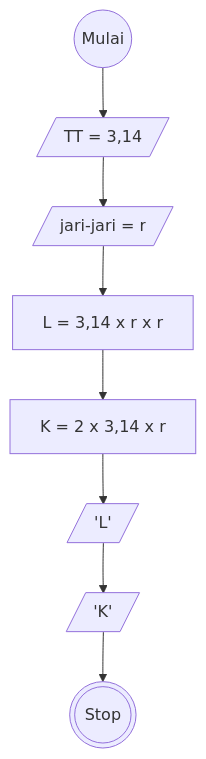
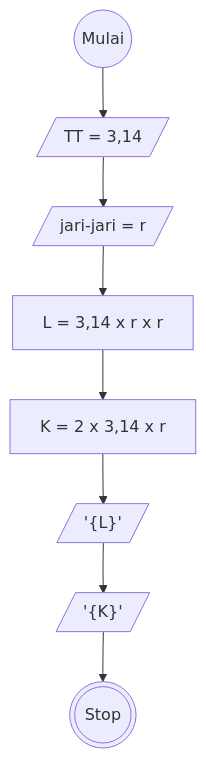
Before and after one commit to MuhamadRafliShidiq/koda-b8-algoritma: the diagram in luas-dan-keliling.md, drawn with Mermaid.

````diff
--- a/luas-dan-keliling.md
+++ b/luas-dan-keliling.md
@@ -21,22 +21,22 @@
 ```mermaid
 
     flowchart TD
 
     a@{ shape: circle, label: "Mulai" }
     b@{ shape: lean-r, label: "TT = 3,14" }
     c@{ shape: lean-r, label: " jari-jari = r" }
     d@{ shape: rect, label: "L = 3,14 x r x r " }
     e@{ shape: rect, label: "K = 2 x 3,14 x r " }
-    f@{ shape: lean-r, label: "'L'" }
-    g@{ shape: lean-r, label: "'K'" }
+    f@{ shape: lean-r, label: "'{L}'" }
+    g@{ shape: lean-r, label: "'{K}'" }
     h@{ shape: dbl-circ, label: "Stop" }
 
     a --> b
     b --> c
     c --> d
     d --> e
     e --> f
     f --> g
     g --> h
 
 ```
````
